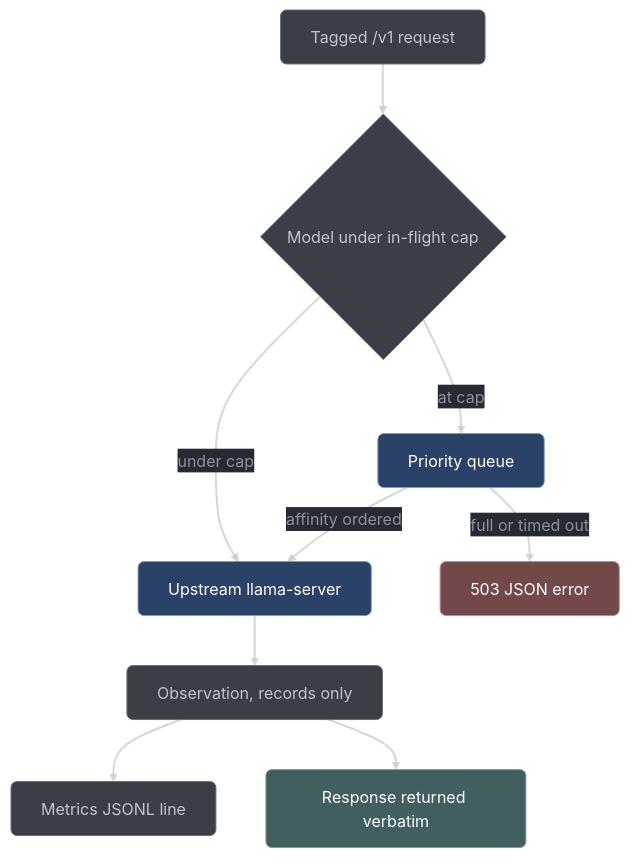
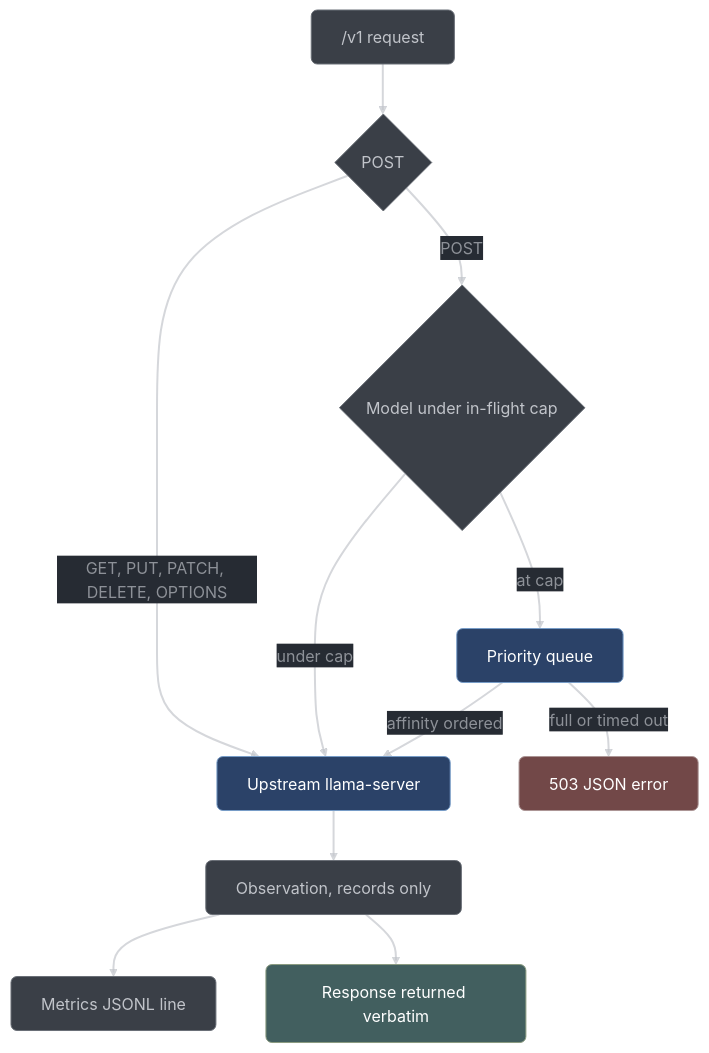
The diagram in docs/developer/llama-router.md (vorlac/llama-harness), drawn with Mermaid before and after one commit. The commit also changed other lines of this file and 44 other files, not shown here.

Commit message:
global repo docs sync, corrections, added coverage/explanations, drift corrections, diagram layout improvements, etc

````diff
--- a/docs/developer/llama-router.md
+++ b/docs/developer/llama-router.md
@@ -67,50 +70,52 @@
 ```mermaid
 ---
 config:
     theme: 'base'
     curve: 'straight'
     themeVariables:
         darkMode: true
         clusterBkg: '#22272f62'
         clusterBorder: '#6a6f77ff'
         clusterTextColor: '#C1C4CAff'
         lineColor: '#C1C4CAAA'
         background: '#262B33'
         primaryColor: '#3a3f47ff'
         primaryTextColor: '#C1C4CAff'
         primaryBorderColor: '#6a6f77ff'
         primaryLabelBkg: '#262B33'
         secondaryColor: '#425f5fff'
         secondaryBorderColor: '#8c9c81ff'
         secondaryTextColor: '#C1C4CAff'
         tertiaryColor: '#4d4962ff'
         tertiaryBorderColor: '#8983a5ff'
         tertiaryTextColor: '#C1C4CAff'
         nodeTextColor: '#C1C4CA'
         defaultLinkColor: '#C1C4CA'
         edgeLabelBackground: '#262B33'
         labelTextColor: '#C1C4CA'
 ---
 flowchart TD
-    %% Source: docs/plans/2026-08-07-conductor-harness-plan.md:1636-1698
-    REQ["Tagged /v1 request"] --> ADM{"Model under in-flight cap"}
-    ADM -->|"under cap"| UP["Upstream llama-server"]
+    %% Source: router/router.hpp:646-669, :726-760
+    REQ["/v1 request"] --> M{"POST"}
+    M -->|"GET, PUT, PATCH, DELETE, OPTIONS"| UP["Upstream llama-server"]
+    M -->|"POST"| ADM{"Model under in-flight cap"}
+    ADM -->|"under cap"| UP
     ADM -->|"at cap"| Q["Priority queue"]
     Q -->|"affinity ordered"| UP
     Q -->|"full or timed out"| ERR["503 JSON error"]
     UP --> OBS["Observation, records only"]
     OBS --> MET["Metrics JSONL line"]
     OBS --> RES["Response returned verbatim"]
 
     linkStyle default stroke:#C1C4CAaa,stroke-width:2px,color:#C1C4CAaa
 
     classDef neutral fill:#3a3f47,stroke:#6a6f77,color:#C1C4CA,rx:6,ry:6
     classDef accent  fill:#2b4268,stroke:#779DC9,color:#ffffff,rx:6,ry:6
     classDef err     fill:#724848,stroke:#ac9696,color:#ffffff,rx:6,ry:6
     classDef ok      fill:#425f5f,stroke:#8c9c81,color:#ffffff,rx:6,ry:6
 
-    class REQ,ADM,OBS,MET neutral
+    class REQ,M,ADM,OBS,MET neutral
     class Q,UP accent
     class ERR err
     class RES ok
 ```
````
